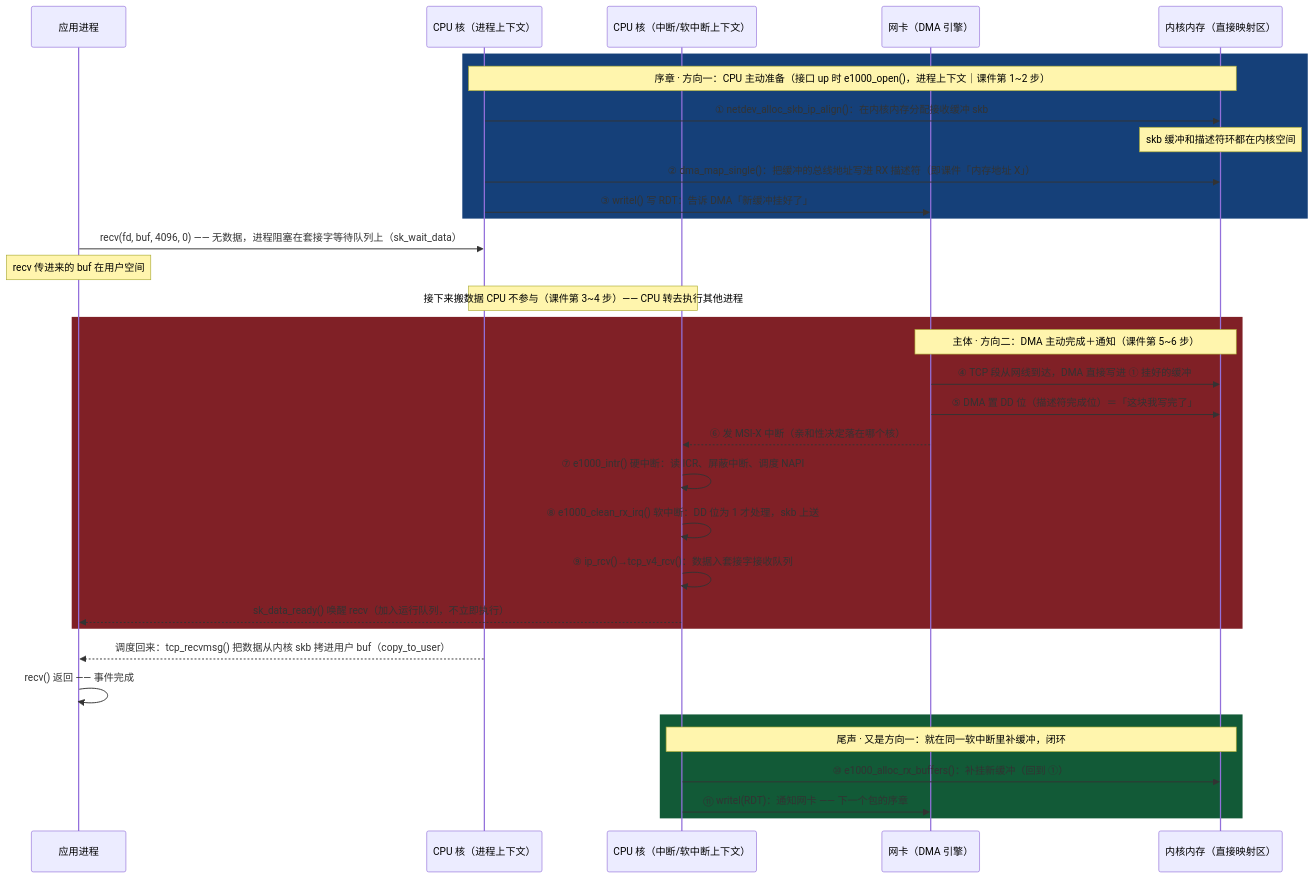
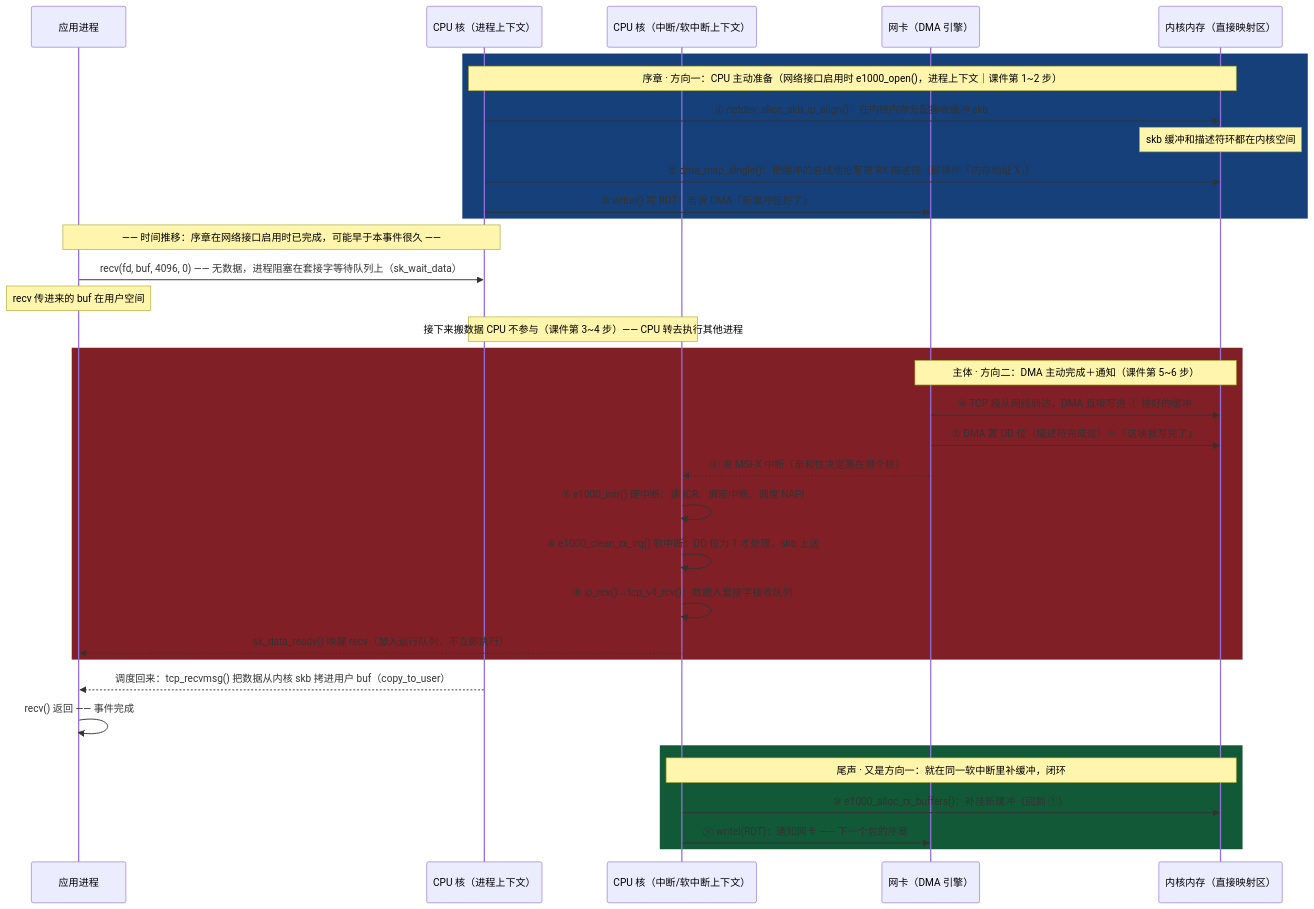
One commit to Berries-Wang/Berries-Kernel changed the diagram in 001.UNIX-DOCS/051.AI-ASSISANT/001.CPU与DMA双向交互(网络收包事件全流程).md. Above: the diagram before and after it, drawn with Mermaid. The commit also changed other lines of this file, not shown here.

````diff
--- a/001.UNIX-DOCS/051.AI-ASSISANT/001.CPU与DMA双向交互(网络收包事件全流程).md
+++ b/001.UNIX-DOCS/051.AI-ASSISANT/001.CPU与DMA双向交互(网络收包事件全流程).md
@@ -24,42 +24,44 @@
 ```mermaid
 %%{init: {"theme":"base","themeVariables":{"background":"#000000","fontFamily":"PingFang SC, Microsoft YaHei, sans-serif","actorBkg":"#1f2937","actorBorder":"#6b7280","actorTextColor":"#ffffff","actorLineColor":"#9ca3af","signalColor":"#ffffff","signalTextColor":"#ffffff","noteBkgColor":"#111827","noteTextColor":"#ffffff","noteBorderColor":"#6b7280","actorFontSize":"18px","messageFontSize":"17px","noteFontSize":"15px"},"sequence":{"messageMargin":42,"actorMargin":90},"themeCSS":"svg{background-color:#000000;}"}%%
 sequenceDiagram
     participant P as 应用进程
     participant K as CPU 核（进程上下文）
     participant S as CPU 核（中断/软中断上下文）
     participant N as 网卡（DMA 引擎）
     participant M as 内核内存（直接映射区）
 
     rect rgb(21,64,121)
-        Note over K,M: 序章 · 方向一：CPU 主动准备（接口 up 时 e1000_open()，进程上下文｜课件第 1~2 步）
+        Note over K,M: 序章 · 方向一：CPU 主动准备（网络接口启用时 e1000_open()，进程上下文｜课件第 1~2 步）
         K->>M: ① netdev_alloc_skb_ip_align()：在内核内存分配接收缓冲 skb
         Note over M: skb 缓冲和描述符环都在内核空间
         K->>M: ② dma_map_single()：把缓冲的总线地址写进 RX 描述符（即课件「内存地址 X」）
         K->>N: ③ writel() 写 RDT：告诉 DMA「新缓冲挂好了」
     end
+
+    Note over P,K: ―― 时间推移：序章在网络接口启用时已完成，可能早于本事件很久 ――
 
     P->>K: recv(fd, buf, 4096, 0) —— 无数据，进程阻塞在套接字等待队列上（sk_wait_data）
     Note over P: recv 传进来的 buf 在用户空间
 
     Note over K,S: 接下来搬数据 CPU 不参与（课件第 3~4 步）—— CPU 转去执行其他进程
 
     rect rgb(128,32,38)
         Note over N,M: 主体 · 方向二：DMA 主动完成＋通知（课件第 5~6 步）
         N->>M: ④ TCP 段从网线到达，DMA 直接写进 ① 挂好的缓冲
         N->>M: ⑤ DMA 置 DD 位（描述符完成位）＝「这块我写完了」
         N-->>S: ⑥ 发 MSI-X 中断（亲和性决定落在哪个核）
         S->>S: ⑦ e1000_intr() 硬中断：读 ICR、屏蔽中断、调度 NAPI
         S->>S: ⑧ e1000_clean_rx_irq() 软中断：DD 位为 1 才处理，skb 上送
         S->>S: ⑨ ip_rcv()→tcp_v4_rcv()：数据入套接字接收队列
         S-->>P: sk_data_ready() 唤醒 recv（加入运行队列，不立即执行）
     end
 
     K-->>P: 调度回来：tcp_recvmsg() 把数据从内核 skb 拷进用户 buf（copy_to_user）
     P->>P: recv() 返回 —— 事件完成
 
     rect rgb(18,90,55)
         Note over S,M: 尾声 · 又是方向一：就在同一软中断里补缓冲，闭环
         S->>M: ⑩ e1000_alloc_rx_buffers()：补挂新缓冲（回到 ①）
         S->>N: ⑪ writel(RDT)：通知网卡 —— 下一个包的序章
     end
 ```
````
